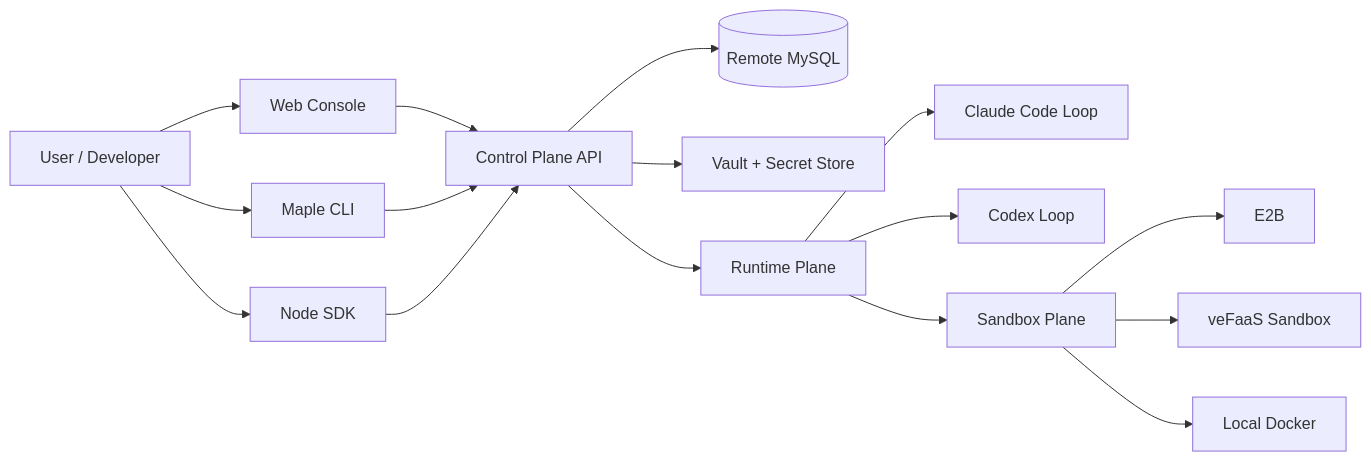
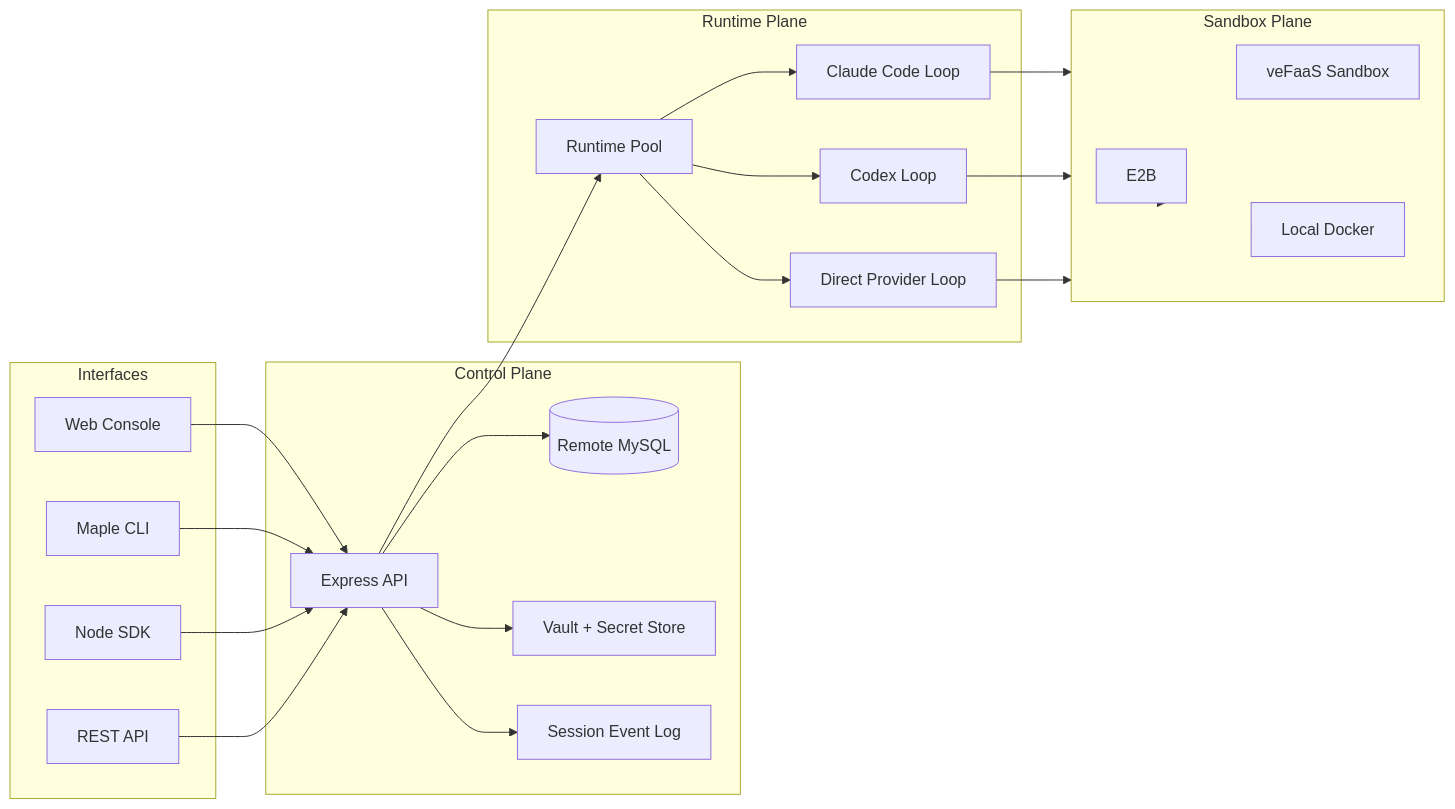
The diagram in README.md (dragonforce2010/openmaple), drawn with Mermaid before and after one commit. The commit also changed other lines of this file and 9 other files, not shown here.

````diff
--- a/README.md
+++ b/README.md
@@ -23,18 +28,47 @@
 ```mermaid
 flowchart LR
-  User[User / Developer] --> Console[Web Console]
-  User --> CLI[Maple CLI]
-  User --> SDK[Node SDK]
-  Console --> CP[Control Plane API]
-  CLI --> CP
-  SDK --> CP
-  CP --> DB[(Remote MySQL)]
-  CP --> Vault[Vault + Secret Store]
-  CP --> Runtime[Runtime Plane]
-  Runtime --> Claude[Claude Code Loop]
-  Runtime --> Codex[Codex Loop]
-  Runtime --> Sandbox[Sandbox Plane]
-  Sandbox --> E2B[E2B]
-  Sandbox --> VeFaaS[veFaaS Sandbox]
-  Sandbox --> Docker[Local Docker]
+  subgraph Interfaces
+    Console[Web Console]
+    CLI[Maple CLI]
+    SDK[Node SDK]
+    REST[REST API]
+  end
+
+  subgraph Control["Control Plane"]
+    API[Express API]
+    DB[(Remote MySQL)]
+    Vault[Vault + Secret Store]
+    Events[Session Event Log]
+  end
+
+  subgraph Runtime["Runtime Plane"]
+    Claude[Claude Code Loop]
+    Codex[Codex Loop]
+    Direct[Direct Provider Loop]
+    Pool[Runtime Pool]
+  end
+
+  subgraph Sandbox["Sandbox Plane"]
+    E2B[E2B]
+    VeFaaS[veFaaS Sandbox]
+    Docker[Local Docker]
+  end
+
+  Console --> API
+  CLI --> API
+  SDK --> API
+  REST --> API
+  API --> DB
+  API --> Vault
+  API --> Events
+  API --> Pool
+  Pool --> Claude
+  Pool --> Codex
+  Pool --> Direct
+  Claude --> Sandbox
+  Codex --> Sandbox
+  Direct --> Sandbox
+  Sandbox --> E2B
+  Sandbox --> VeFaaS
+  Sandbox --> Docker
 ```
````
